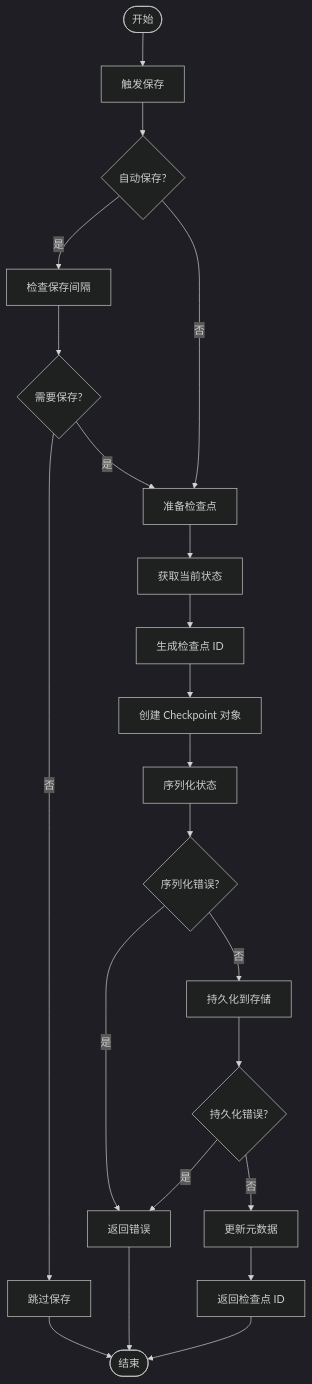
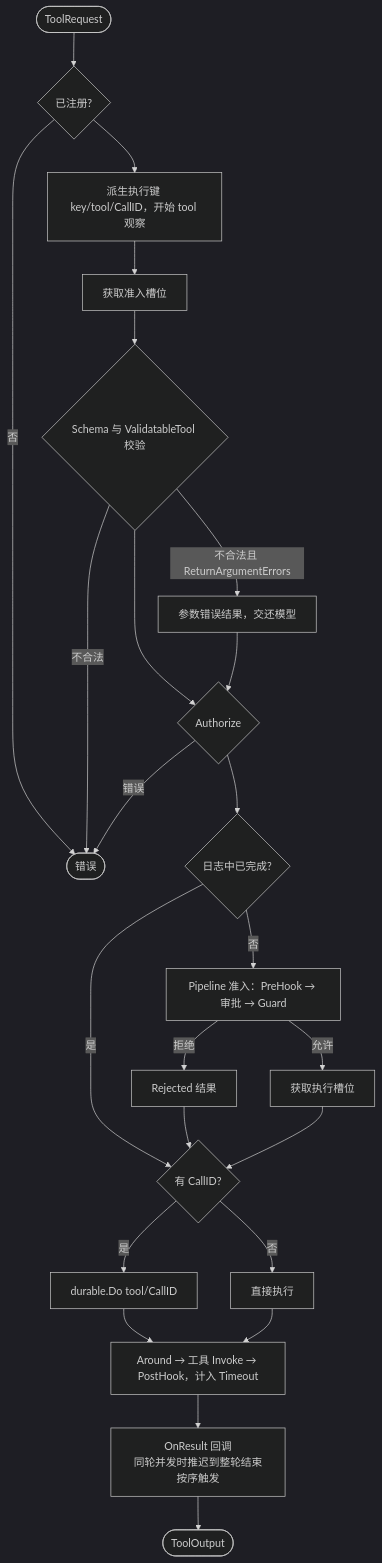
Before and after one commit to kart-io/goagent: the third of 5 diagrams in docs/design/FLOW_DIAGRAMS.md, drawn with Mermaid (dark theme). The commit also changed other lines of this file and 87 other files, not shown here.

````diff
--- a/docs/design/FLOW_DIAGRAMS.md
+++ b/docs/design/FLOW_DIAGRAMS.md
@@ -298,30 +80,26 @@
 ```mermaid
 flowchart TB
-    START([开始]) --> TRIGGER[触发保存]
-
-    TRIGGER --> AUTO{自动保存?}
-    AUTO -->|是| CHECK_INTERVAL[检查保存间隔]
-    CHECK_INTERVAL --> SHOULD_SAVE{需要保存?}
-    SHOULD_SAVE -->|否| SKIP[跳过保存]
-    SHOULD_SAVE -->|是| PREPARE
-    AUTO -->|否| PREPARE[准备检查点]
-
-    PREPARE --> GET_STATE[获取当前状态]
-    GET_STATE --> GENERATE_ID[生成检查点 ID]
-    GENERATE_ID --> CREATE_CP[创建 Checkpoint 对象]
-
-    CREATE_CP --> SERIALIZE[序列化状态]
-    SERIALIZE --> SER_ERROR{序列化错误?}
-    SER_ERROR -->|是| ERROR[返回错误]
-
-    SER_ERROR -->|否| PERSIST[持久化到存储]
-    PERSIST --> PERSIST_ERROR{持久化错误?}
-    PERSIST_ERROR -->|是| ERROR
-
-    PERSIST_ERROR -->|否| UPDATE_META[更新元数据]
-    UPDATE_META --> RETURN_ID[返回检查点 ID]
-
-    SKIP --> END([结束])
-    ERROR --> END
-    RETURN_ID --> END
+    IN([ToolRequest]) --> LOOK{已注册?}
+    LOOK -->|否| ERR([错误])
+    LOOK --> KEY[派生执行键 key/tool/CallID，开始 tool 观察]
+    KEY --> AS[获取准入槽位]
+    AS --> VAL{Schema 与 ValidatableTool 校验}
+    VAL -->|不合法且 ReturnArgumentErrors| ARG[参数错误结果，交还模型]
+    VAL -->|不合法| ERR
+    VAL --> AUTH{Authorize}
+    ARG --> AUTH
+    AUTH -->|错误| ERR
+    AUTH --> DONEQ{日志中已完成?}
+    DONEQ -->|是| DO
+    DONEQ -->|否| ADMIT[Pipeline 准入：PreHook → 审批 → Guard]
+    ADMIT -->|拒绝| REJ[Rejected 结果]
+    ADMIT -->|允许| SLOT[获取执行槽位]
+    REJ --> DO
+    SLOT --> DO{有 CallID?}
+    DO -->|否| RUN[直接执行]
+    DO -->|是| JD[durable.Do tool/CallID]
+    JD --> RUN2[Around → 工具 Invoke → PostHook，计入 Timeout]
+    RUN --> RUN2
+    RUN2 --> RESULT[OnResult 回调<br/>同轮并发时推迟到整轮结束按序触发]
+    RESULT --> OUT([ToolOutput])
 ```
````
